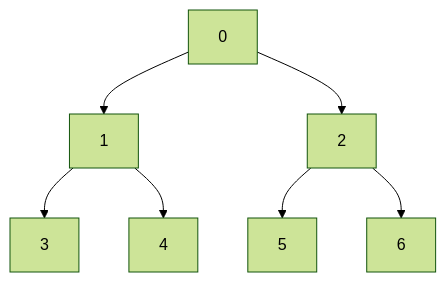
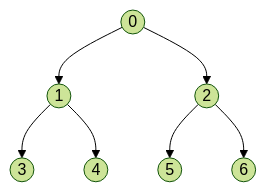
One commit to liammuro/cookbook changed the first of 2 diagrams in markdowntester.md. Above: the diagram before and after it, drawn with Mermaid (forest theme). The commit also changed other lines of this file, not shown here.

````diff
--- a/markdowntester.md
+++ b/markdowntester.md
@@ -15,9 +15,6 @@
 ```mermaid
-    graph TD;
-        0-->1;
-        0-->2;
-        1-->3;
-        1-->4;
-        2-->5;
-        2-->6;
+	graph TD;
+		node0((0))-->node1((1)) & node2((2));
+		node1-->node3((3)) & node4((4));
+		node2-->node5((5)) & node6((6));
 ```
````
